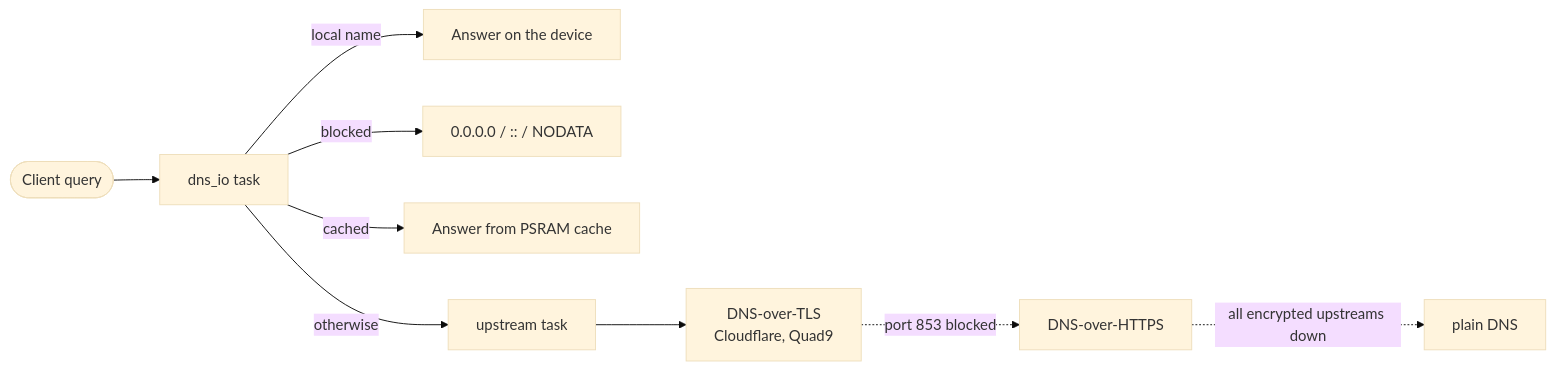
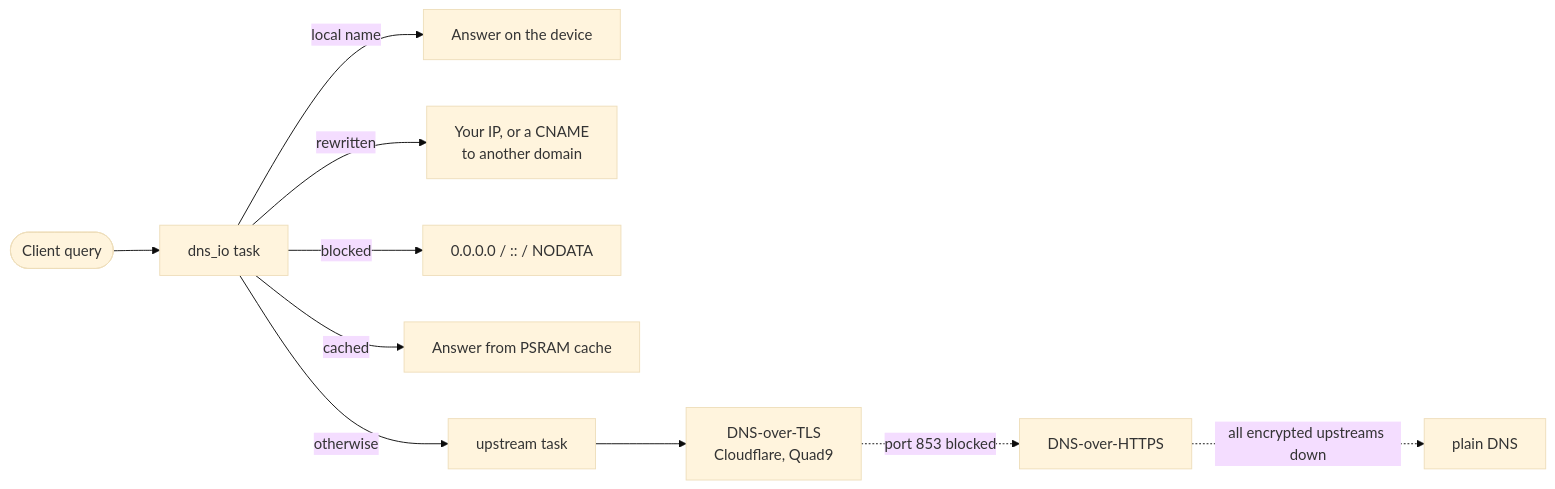
The diagram in README.md (denzilrdz/esp32-s3-adblock), drawn with Mermaid (base theme) before and after one commit. The commit also changed other lines of this file and 8 other files, not shown here.

````diff
--- a/README.md
+++ b/README.md
@@ -211,11 +218,12 @@
 ```mermaid
 flowchart LR
     C([Client query]) --> IO[dns_io task]
     IO -->|local name| L[Answer on the device]
+    IO -->|rewritten| RW["Your IP, or a CNAME<br/>to another domain"]
     IO -->|blocked| B["0.0.0.0 / :: / NODATA"]
     IO -->|cached| K[Answer from PSRAM cache]
     IO -->|otherwise| U[upstream task]
     U --> DOT["DNS-over-TLS<br/>Cloudflare, Quad9"]
     DOT -.->|port 853 blocked| DOH[DNS-over-HTTPS]
     DOH -.->|all encrypted upstreams down| P[plain DNS]
 ```
````
